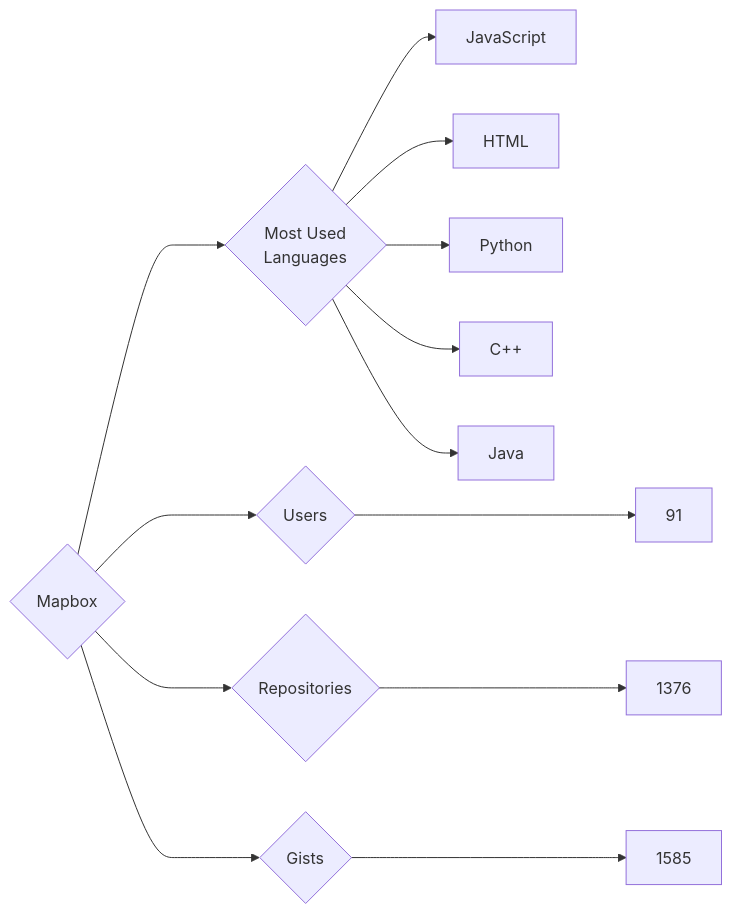
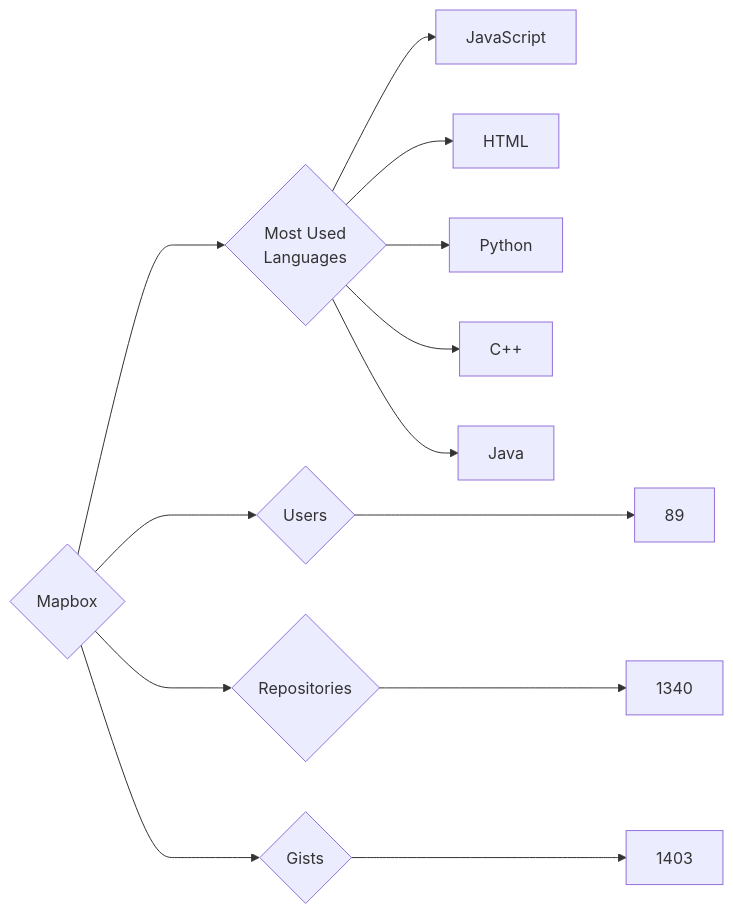
One commit to trickest/insiders changed the diagram in targets/Mapbox/README.md. Above: the diagram before and after it, drawn with Mermaid. The commit also changed 878 other files, not shown here.

````diff
--- a/targets/Mapbox/README.md
+++ b/targets/Mapbox/README.md
@@ -3,13 +3,13 @@
 ```mermaid
 graph LR
 COMPANY_NAME{Mapbox}
-COMPANY_NAME ---> U{Users} ---> UN[91]
-COMPANY_NAME ---> R{Repositories} ---> RN[1376]
-COMPANY_NAME ---> G{Gists} ---> GN[1585]
+COMPANY_NAME ---> U{Users} ---> UN[89]
+COMPANY_NAME ---> R{Repositories} ---> RN[1340]
+COMPANY_NAME ---> G{Gists} ---> GN[1403]
 COMPANY_NAME ---> ML{Most Used<br>Languages}
 ML --> JavaScript[JavaScript]
 ML --> HTML[HTML]
 ML --> Python[Python]
 ML --> C++[C++]
 ML --> Java[Java]
 ```
````
